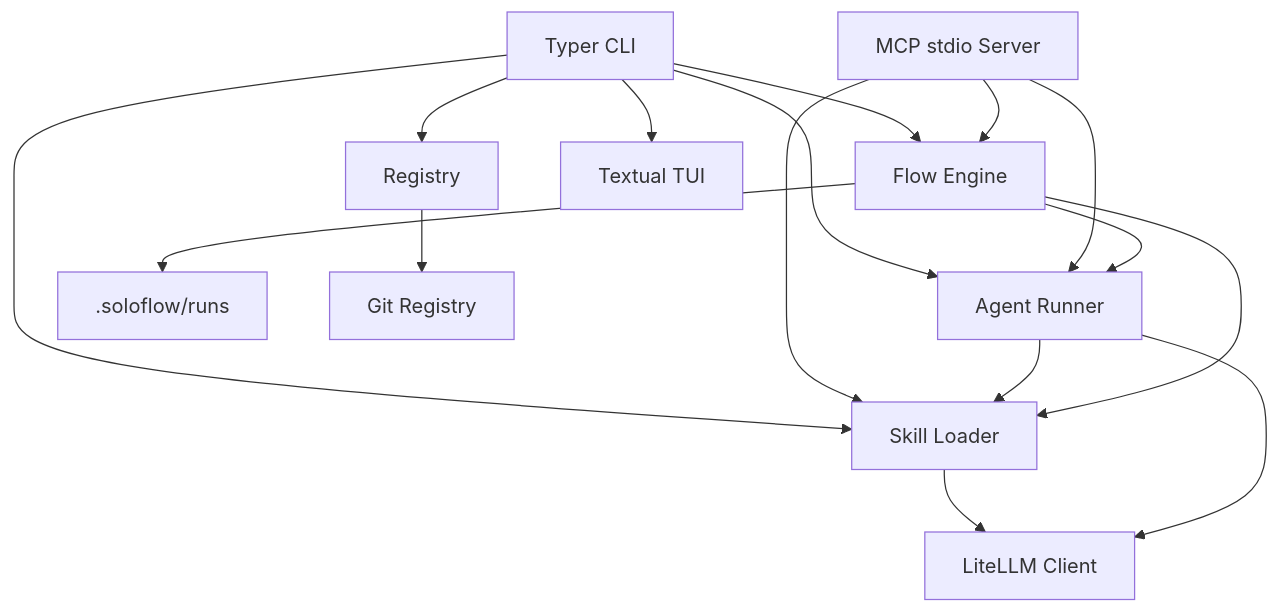
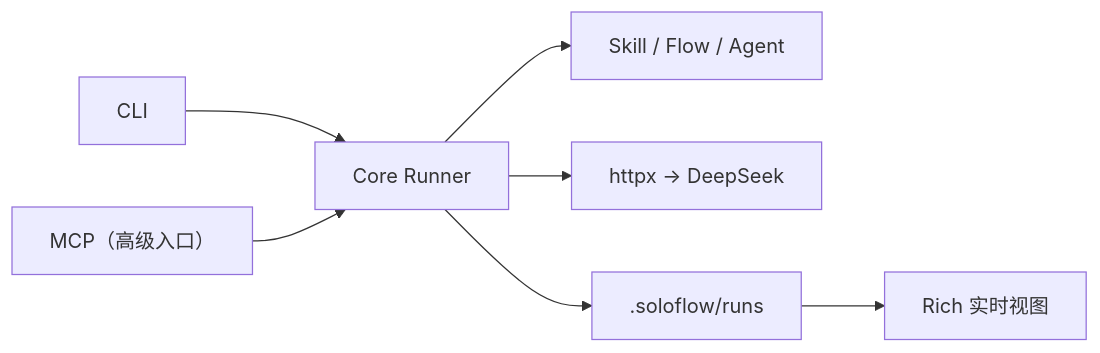
Before and after one commit to halexzd686-cloud/SoloFlow: the diagram in docs/architecture.md, drawn with Mermaid. The commit also changed other lines of this file and 5 other files, not shown here.

````diff
--- a/docs/architecture.md
+++ b/docs/architecture.md
@@ -5,18 +5,9 @@
 ```mermaid
-flowchart TD
-    CLI["Typer CLI"] --> SkillLoader["Skill Loader"]
-    CLI --> AgentRunner["Agent Runner"]
-    CLI --> FlowEngine["Flow Engine"]
-    CLI --> Registry["Registry"]
-    CLI --> TUI["Textual TUI"]
-    MCP["MCP stdio Server"] --> SkillLoader
-    MCP --> AgentRunner
-    MCP --> FlowEngine
-    AgentRunner --> SkillLoader
-    FlowEngine --> SkillLoader
-    FlowEngine --> AgentRunner
-    SkillLoader --> LLM["LiteLLM Client"]
-    AgentRunner --> LLM
-    FlowEngine --> Runs[".soloflow/runs"]
-    Registry --> Git["Git Registry"]
+flowchart LR
+    CLI["CLI"] --> Runner["Core Runner"]
+    MCP["MCP（高级入口）"] --> Runner
+    Runner --> Assets["Skill / Flow / Agent"]
+    Runner --> LLM["httpx → DeepSeek"]
+    Runner --> Runs[".soloflow/runs"]
+    Runs --> Live["Rich 实时视图"]
 ```
````
